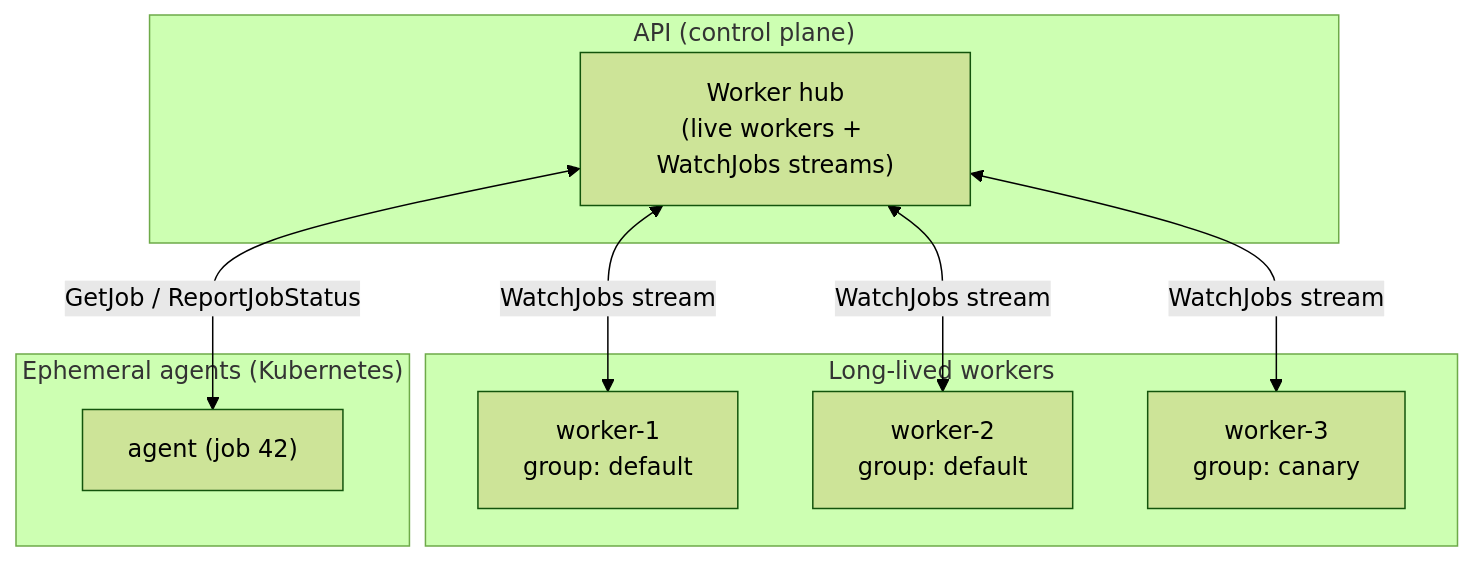
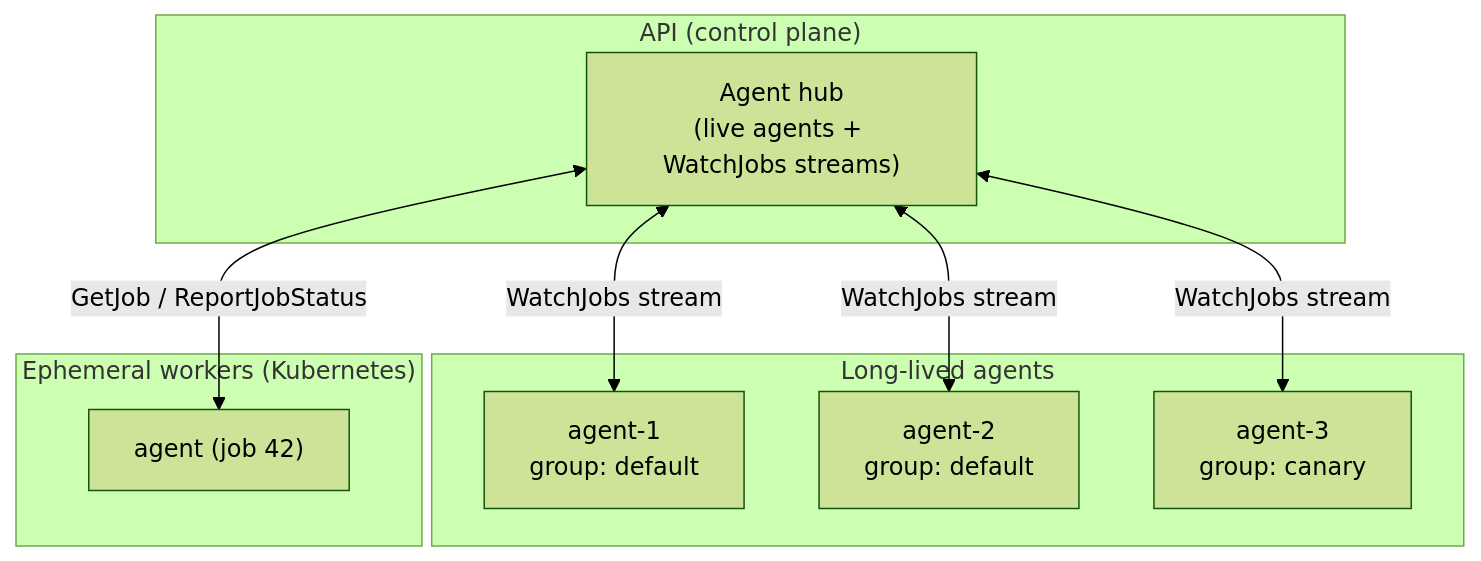
One commit to EdwardCooke/cdrom changed the fourth of 10 diagrams in docs/Architecture.md. Above: the diagram before and after it, drawn with Mermaid (forest theme). The commit also changed other lines of this file and 177 other files, not shown here.

Commit message:
Docs for re-working agent/worker

````diff
--- a/docs/Architecture.md
+++ b/docs/Architecture.md
@@ -252,21 +252,21 @@
 ```mermaid
 flowchart TB
     subgraph API["API (control plane)"]
-        HUB["Worker hub<br/>(live workers + WatchJobs streams)"]
+        HUB["Agent hub<br/>(live agents + WatchJobs streams)"]
     end
 
-    subgraph LONG["Long-lived workers"]
-        W1["worker-1<br/>group: default"]
-        W2["worker-2<br/>group: default"]
-        W3["worker-3<br/>group: canary"]
+    subgraph LONG["Long-lived agents"]
+        W1["agent-1<br/>group: default"]
+        W2["agent-2<br/>group: default"]
+        W3["agent-3<br/>group: canary"]
     end
 
-    subgraph EPHEM["Ephemeral agents (Kubernetes)"]
+    subgraph EPHEM["Ephemeral workers (Kubernetes)"]
         A1["agent (job 42)"]
     end
 
     HUB <-->|WatchJobs stream| W1
     HUB <-->|WatchJobs stream| W2
     HUB <-->|WatchJobs stream| W3
     HUB <-->|GetJob / ReportJobStatus| A1
 ```
````
